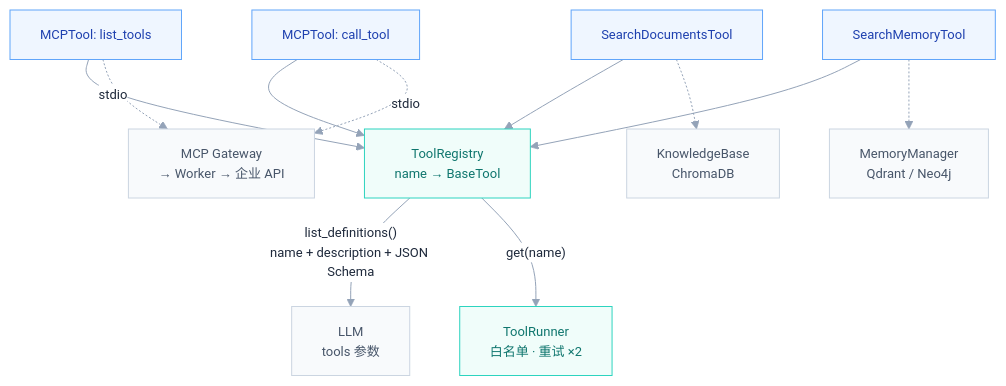
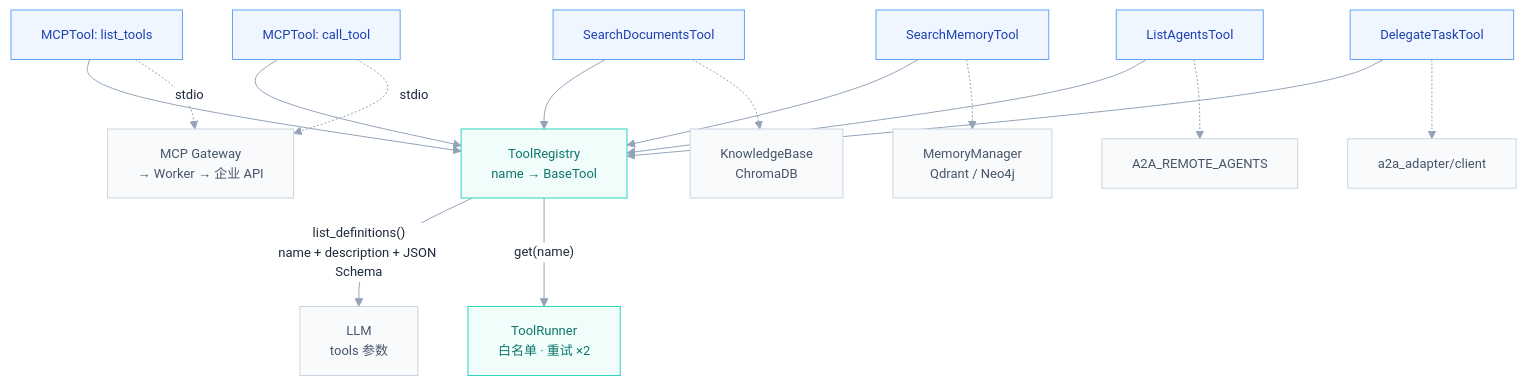
Before and after one commit to Zhong-y-j/Hubloom: the first of 3 diagrams in docs/Hubloom-工具层.md, drawn with Mermaid. The commit also changed other lines of this file and 19 other files, not shown here.

````diff
--- a/docs/Hubloom-工具层.md
+++ b/docs/Hubloom-工具层.md
@@ -26,26 +28,30 @@
 ```mermaid
 %%{init: {"theme":"base","themeVariables":{"background":"#ffffff","primaryColor":"#ffffff","primaryBorderColor":"#cbd5e1","primaryTextColor":"#1e293b","lineColor":"#94a3b8","fontSize":"13px"}}}%%
 flowchart TB
     REG["ToolRegistry<br/>name → BaseTool"]
 
     MCP1["MCPTool: list_tools"] --> REG
     MCP2["MCPTool: call_tool"] --> REG
     DOC["SearchDocumentsTool"] --> REG
     MEM["SearchMemoryTool"] --> REG
+    A2A1["ListAgentsTool"] --> REG
+    A2A2["DelegateTaskTool"] --> REG
 
     REG -->|"list_definitions()<br/>name + description + JSON Schema"| LLM["LLM<br/>tools 参数"]
     REG -->|"get(name)"| RUN["ToolRunner<br/>白名单 · 重试 ×2"]
 
     MCP1 -.->|"stdio"| GW["MCP Gateway<br/>→ Worker → 企业 API"]
     MCP2 -.->|"stdio"| GW
     DOC -.-> KB["KnowledgeBase<br/>ChromaDB"]
     MEM -.-> MM["MemoryManager<br/>Qdrant / Neo4j"]
+    A2A1 -.-> DIR["A2A_REMOTE_AGENTS"]
+    A2A2 -.-> CLIENT["a2a_adapter/client"]
 
     classDef reg fill:#f0fdfa,stroke:#2dd4bf,color:#0f766e
     classDef tool fill:#eff6ff,stroke:#60a5fa,color:#1e40af
     classDef backend fill:#f8fafc,stroke:#cbd5e1,color:#475569
 
     class REG,RUN reg
-    class MCP1,MCP2,DOC,MEM tool
-    class LLM,GW,KB,MM backend
+    class MCP1,MCP2,DOC,MEM,A2A1,A2A2 tool
+    class LLM,GW,KB,MM,DIR,CLIENT backend
 ```
````
